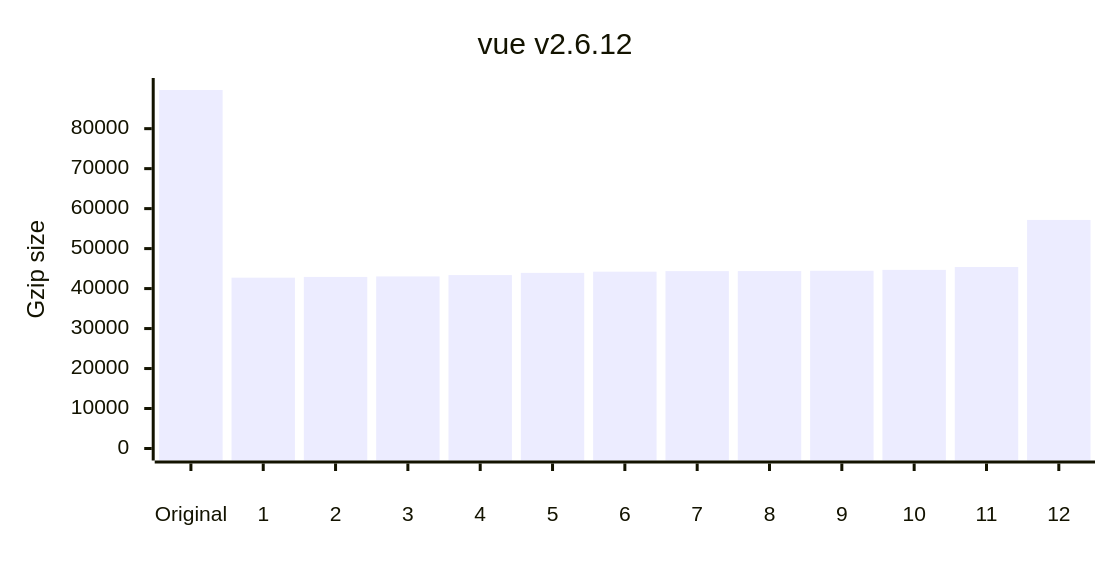
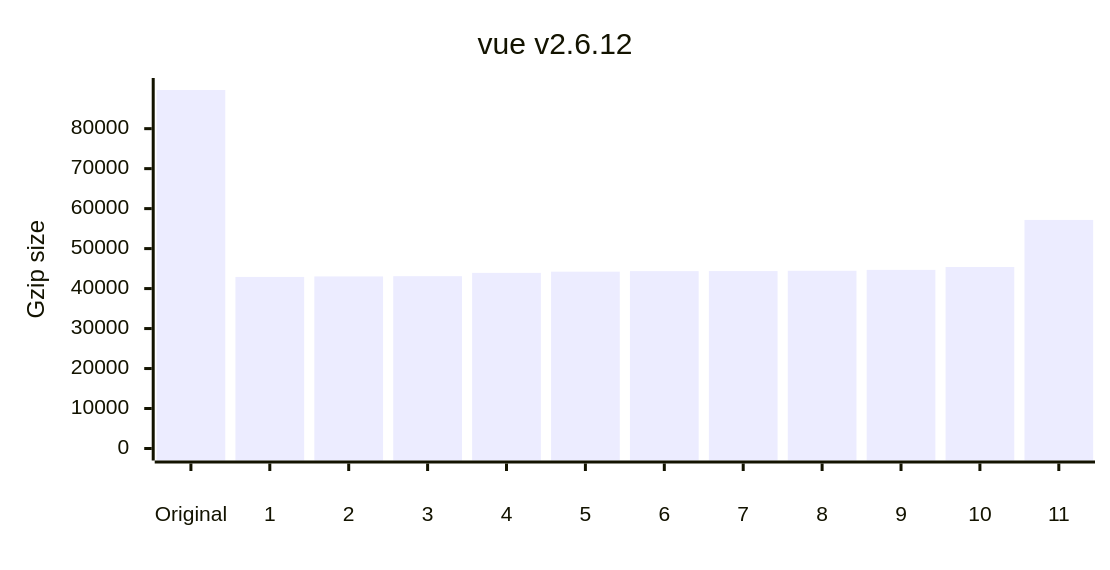
Before and after one commit to privatenumber/minification-benchmarks: the fourth of 12 diagrams in README.md, drawn with Mermaid. The commit also changed other lines of this file, not shown here.

````diff
--- a/README.md
+++ b/README.md
@@ -190,17 +199,17 @@
 ```mermaid
 ---
 config:
     xyChart:
         width: 720
         height: 360
         xAxis:
             labelPadding: 20
         yAxis:
             labelPadding: 10
 ---
 xychart-beta
 	title "vue v2.6.12"
-	x-axis ["Original",1,2,3,4,5,6,7,8,9,10,11,12]
+	x-axis ["Original",1,2,3,4,5,6,7,8,9,10,11]
 	y-axis "Gzip size" 0 --> 89668
-	bar [89668,42728,42919,43036,43370,43925,44230,44368,44376,44450,44679,45400,57169]
+	bar [89668,42916,43036,43095,43925,44230,44368,44376,44450,44679,45400,57169]
 ```
````
